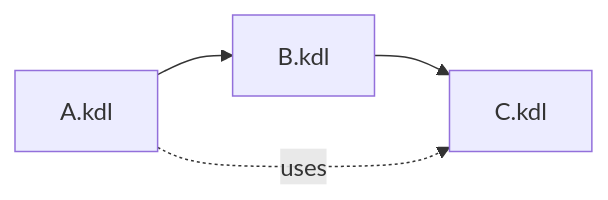
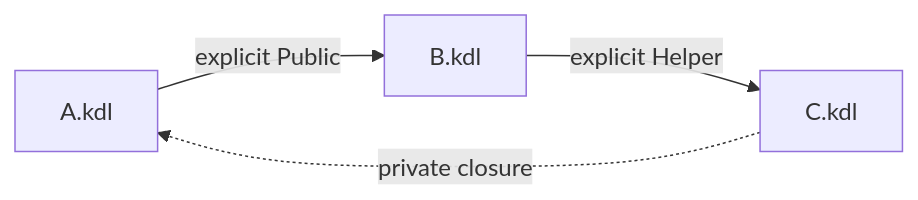
Before and after one commit to vypivshiy/selector_schema_codegen: the diagram in docs/learn/09-imports.md, drawn with Mermaid. The commit also changed other lines of this file and 46 other files, not shown here.

````diff
--- a/docs/learn/09-imports.md
+++ b/docs/learn/09-imports.md
@@ -16,6 +20,6 @@
 ```mermaid
 graph LR
-  A[A.kdl] --> B[B.kdl]
-  B --> C[C.kdl]
-  A -. uses .-> C
+  A[A.kdl] -->|explicit Public| B[B.kdl]
+  B -->|explicit Helper| C[C.kdl]
+  C -. private closure .-> A
 ```
````
